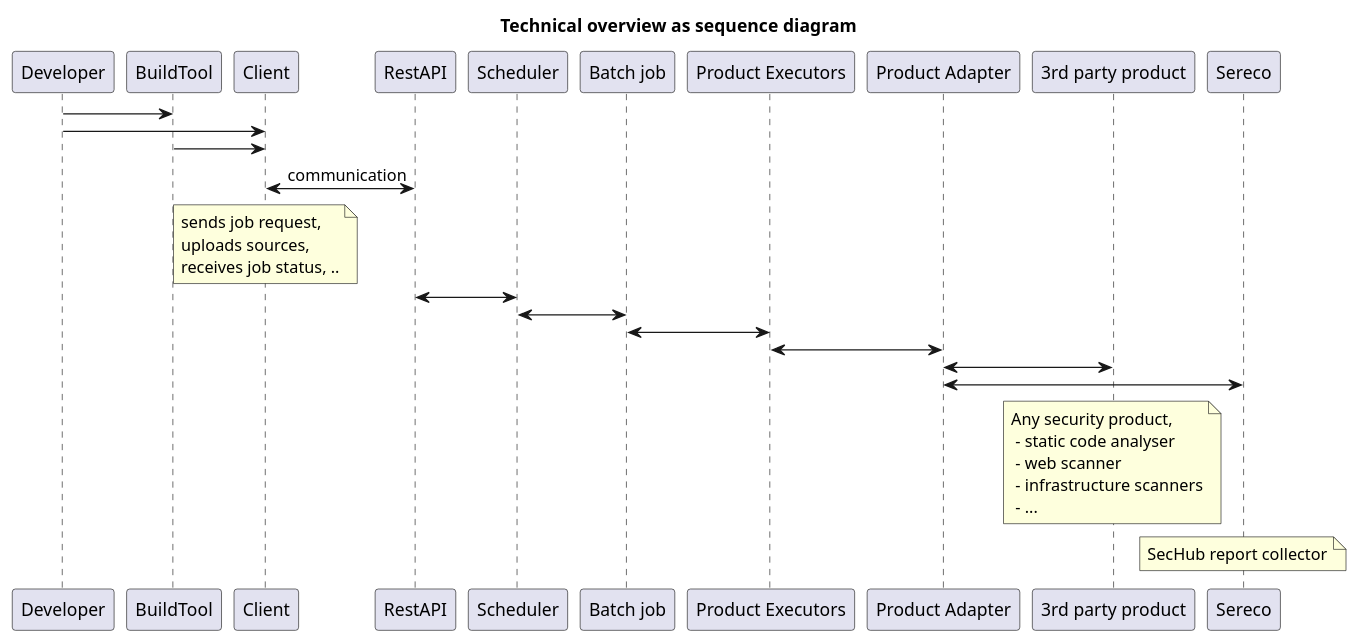
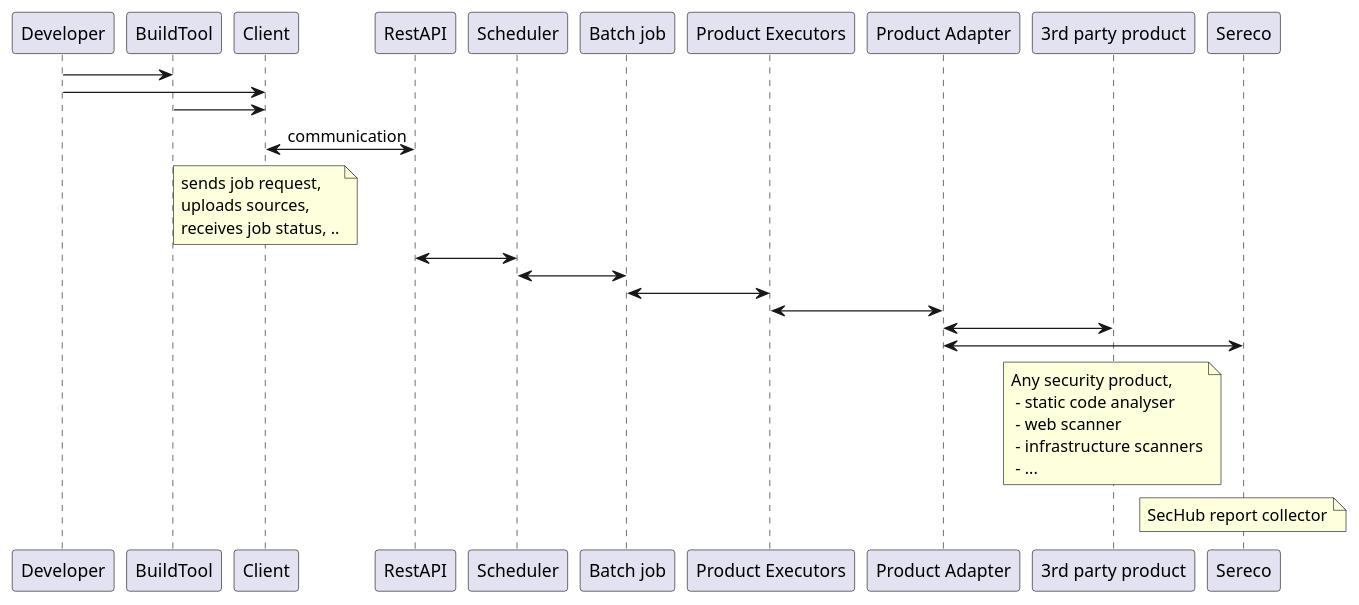
The diagram in sechub-doc/src/docs/asciidoc/diagrams/diagram_technical_context_overview.plantuml (mercedes-benz/sechub), drawn with PlantUML before and after one commit. The commit also changed 18 other files, not shown here.

```diff
--- a/sechub-doc/src/docs/asciidoc/diagrams/diagram_technical_context_overview.plantuml
+++ b/sechub-doc/src/docs/asciidoc/diagrams/diagram_technical_context_overview.plantuml
@@ -1,31 +1,30 @@
 ' SPDX-License-Identifier: MIT
 ' syntax, see http://plantuml.com/sequence-diagram
-title Technical overview as sequence diagram
 
 Developer -> BuildTool
 Developer -> Client
 BuildTool -> Client
 Client <-> RestAPI : communication
 
 note over Client
  sends job request,
  uploads sources,
  receives job status, ..
 end note
 
 RestAPI <-> Scheduler
 Scheduler <-> "Batch job"
 "Batch job" <-> "Product Executors"
 "Product Executors" <-> "Product Adapter"
 "Product Adapter" <-> "3rd party product"
 "Product Adapter" <-> "Sereco"
 note over "3rd party product"
  Any security product,
   - static code analyser
   - web scanner
   - infrastructure scanners
   - ...
 end note
 note over "Sereco"
  SecHub report collector
 end note
```
